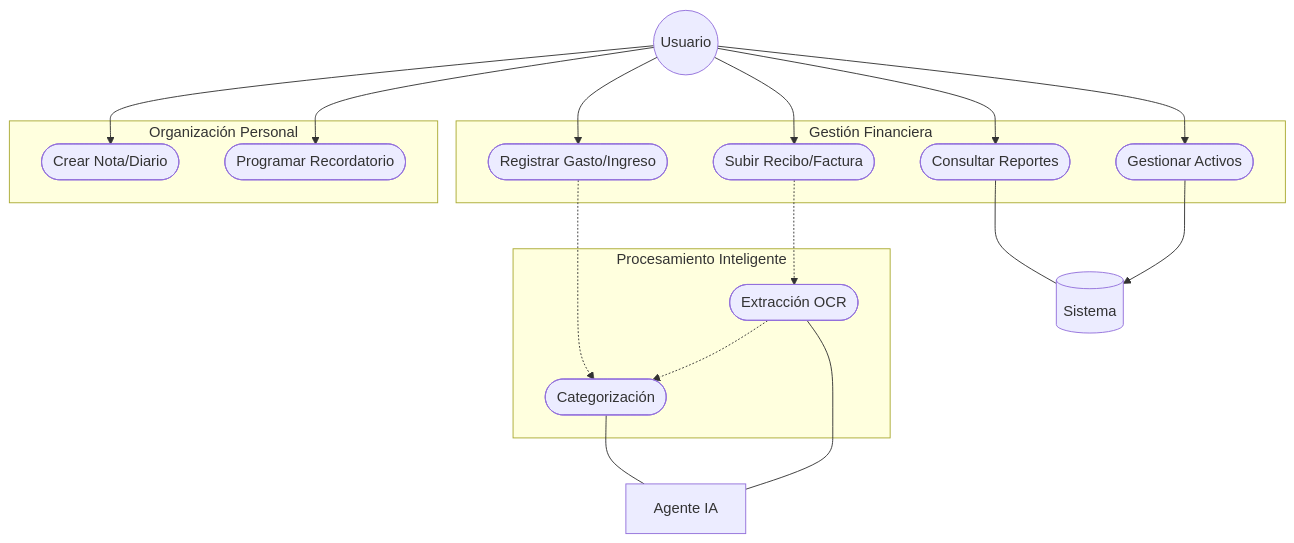
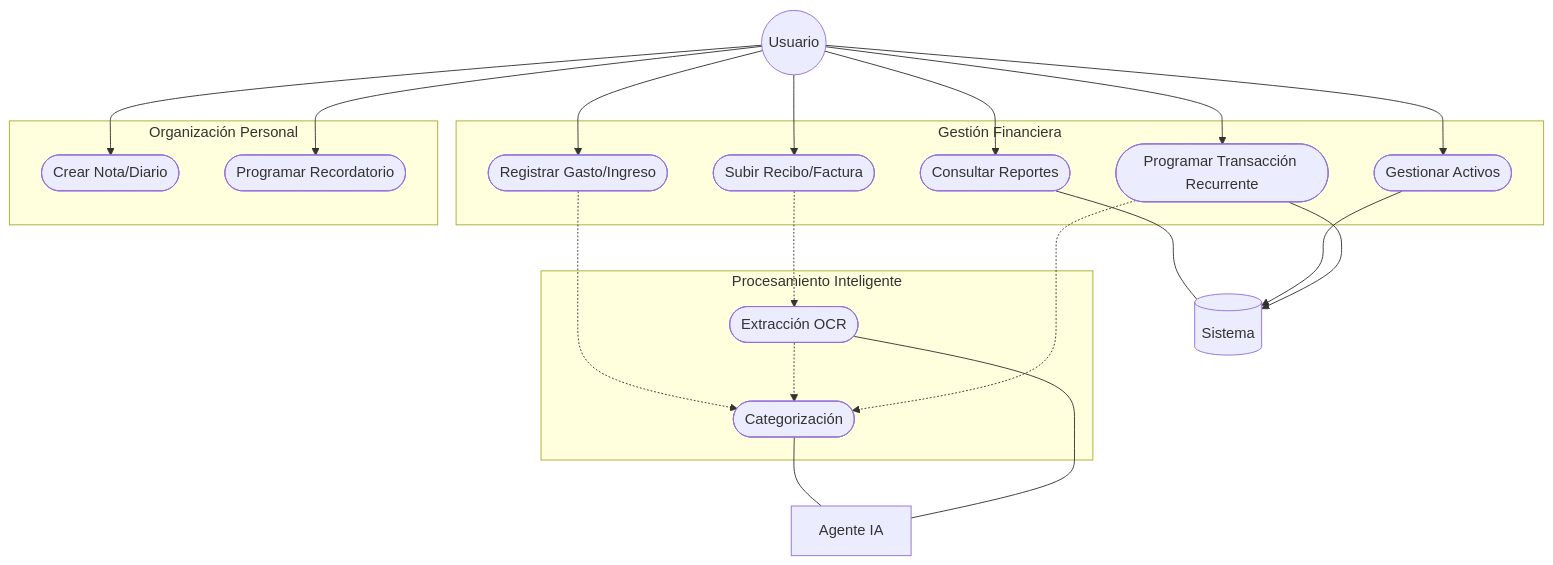
Before and after one commit to ai-agent-ship-it/life-manager: the first of 3 diagrams in USE_CASES.md, drawn with Mermaid. The commit also changed other lines of this file and 1 other file, not shown here.

````diff
--- a/USE_CASES.md
+++ b/USE_CASES.md
@@ -11,40 +11,44 @@
 ```mermaid
 graph TD
     %% Actores
     U((Usuario))
     AI[Agente IA]
     S[(Sistema)]
 
     subgraph Gestion_Financiera [Gestión Financiera]
         UC1([Registrar Gasto/Ingreso])
         UC2([Subir Recibo/Factura])
         UC3([Consultar Reportes])
         UC4([Gestionar Activos])
+        UC9([Programar Transacción Recurrente])
     end
 
     subgraph Organizacion_Personal [Organización Personal]
         UC5([Crear Nota/Diario])
         UC6([Programar Recordatorio])
     end
 
     subgraph Procesamiento [Procesamiento Inteligente]
         UC7([Categorización])
         UC8([Extracción OCR])
     end
 
     U --> UC1
     U --> UC2
     U --> UC3
     U --> UC4
     U --> UC5
     U --> UC6
+    U --> UC9
 
     UC1 -.-> UC7
     UC2 -.-> UC8
     UC8 -.-> UC7
+    UC9 -.-> UC7
     
     UC7 --- AI
     UC8 --- AI
     UC3 --- S
     UC4 --> S
+    UC9 --> S
 ```
````
